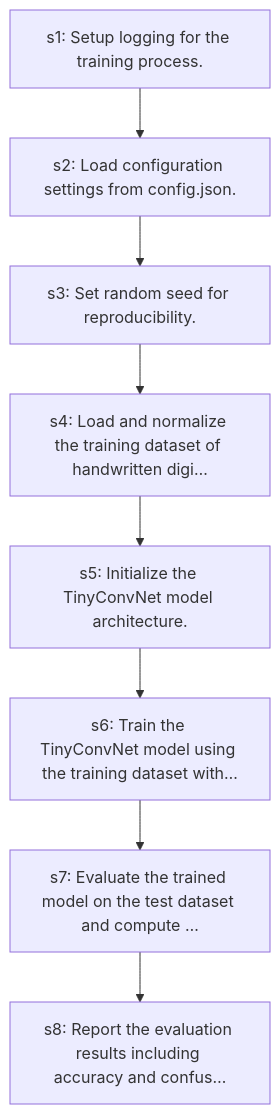
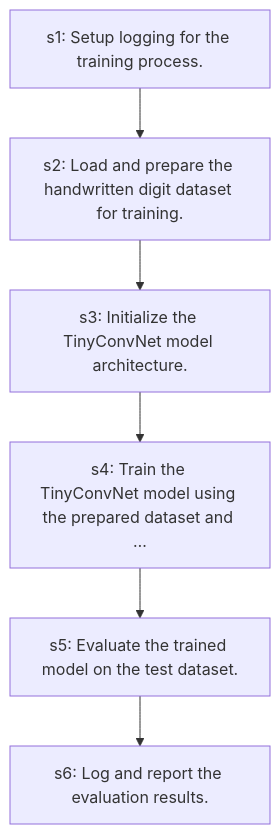
One commit to Yukieos/paper2code-plus changed the diagram in samples/cnn_classifier/precomputed/dag.mmd. Above: the diagram before and after it, drawn with Mermaid. The commit also changed 37 other files, not shown here.

```diff
--- a/samples/cnn_classifier/precomputed/dag.mmd
+++ b/samples/cnn_classifier/precomputed/dag.mmd
@@ -1,16 +1,12 @@
 flowchart TD
   s1["s1: Setup logging for the training process."]
-  s2["s2: Load configuration settings from config.json."]
-  s3["s3: Set random seed for reproducibility."]
-  s4["s4: Load and normalize the training dataset of handwritten digi…"]
-  s5["s5: Initialize the TinyConvNet model architecture."]
-  s6["s6: Train the TinyConvNet model using the training dataset with…"]
-  s7["s7: Evaluate the trained model on the test dataset and compute …"]
-  s8["s8: Report the evaluation results including accuracy and confus…"]
+  s2["s2: Load and prepare the handwritten digit dataset for training."]
+  s3["s3: Initialize the TinyConvNet model architecture."]
+  s4["s4: Train the TinyConvNet model using the prepared dataset and …"]
+  s5["s5: Evaluate the trained model on the test dataset."]
+  s6["s6: Log and report the evaluation results."]
   s1 --> s2
   s2 --> s3
   s3 --> s4
   s4 --> s5
   s5 --> s6
-  s6 --> s7
-  s7 --> s8
```
